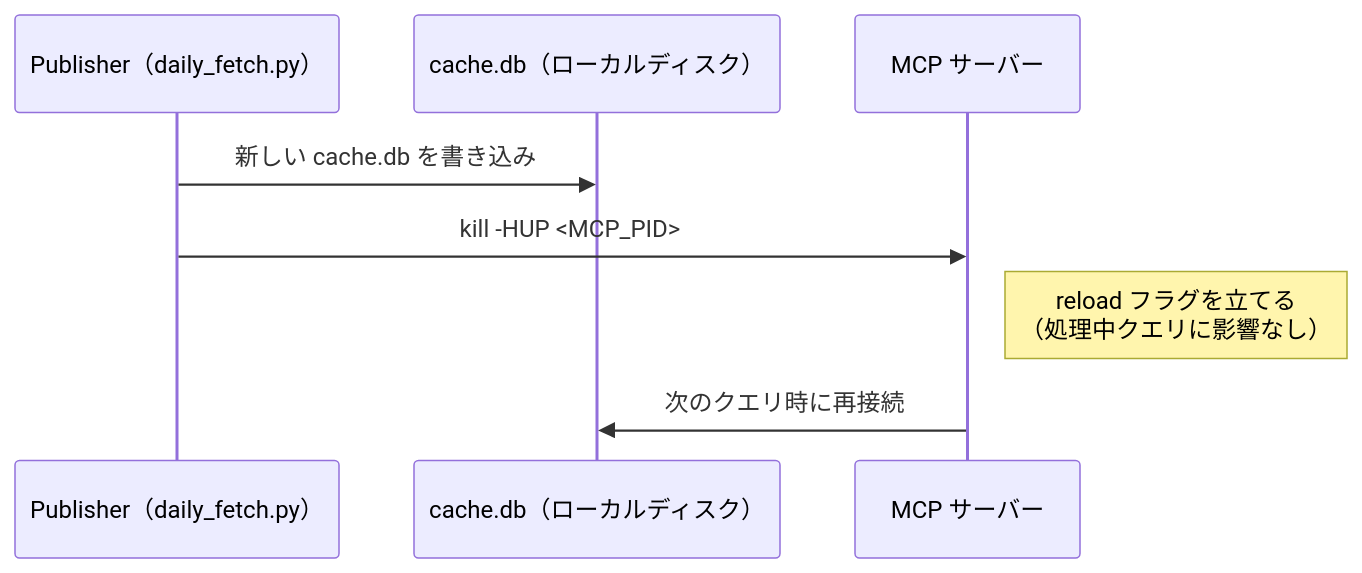
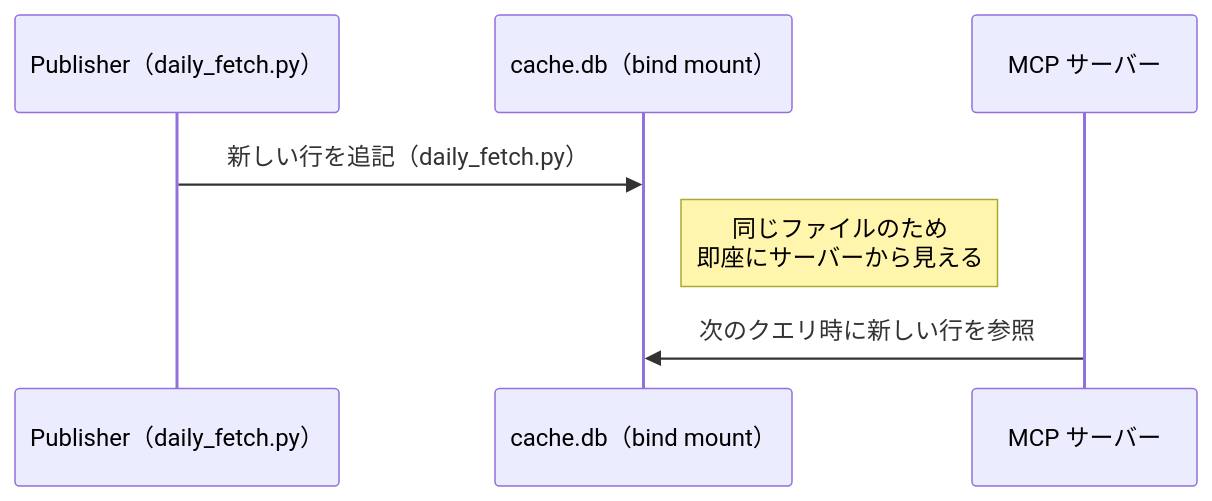
Before and after one commit to shigechika/jquants-mcp: the fourth of 4 diagrams in README.ja.md, drawn with Mermaid. The commit also changed other lines of this file and 1 other file, not shown here.

````diff
--- a/README.ja.md
+++ b/README.ja.md
@@ -839,11 +839,10 @@
 ```mermaid
 sequenceDiagram
     participant P as Publisher（daily_fetch.py）
-    participant D as cache.db（ローカルディスク）
+    participant D as cache.db（bind mount）
     participant M as MCP サーバー
 
-    P->>D: 新しい cache.db を書き込み
-    P->>M: kill -HUP <MCP_PID>
-    Note right of M: reload フラグを立てる<br/>（処理中クエリに影響なし）
-    M->>D: 次のクエリ時に再接続
+    P->>D: 新しい行を追記（daily_fetch.py）
+    Note right of D: 同じファイルのため<br/>即座にサーバーから見える
+    M->>D: 次のクエリ時に新しい行を参照
 ```
````
